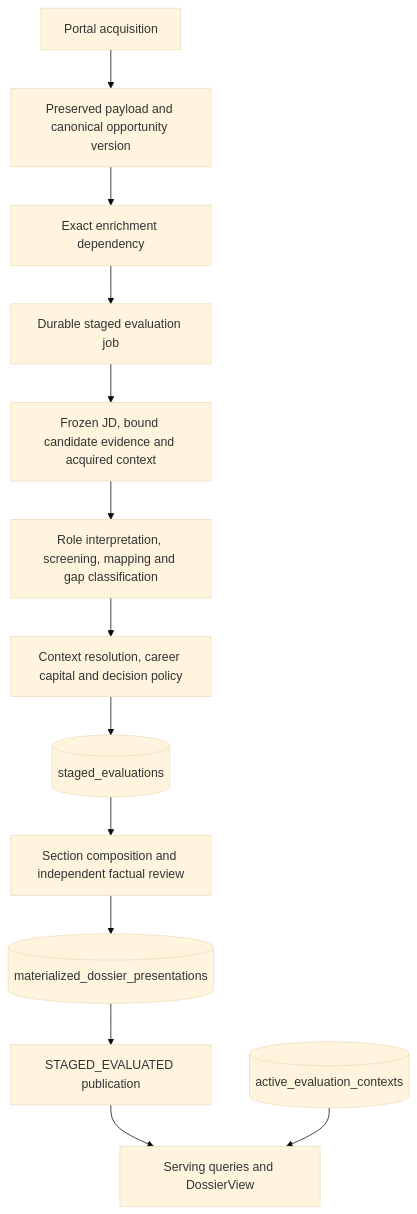
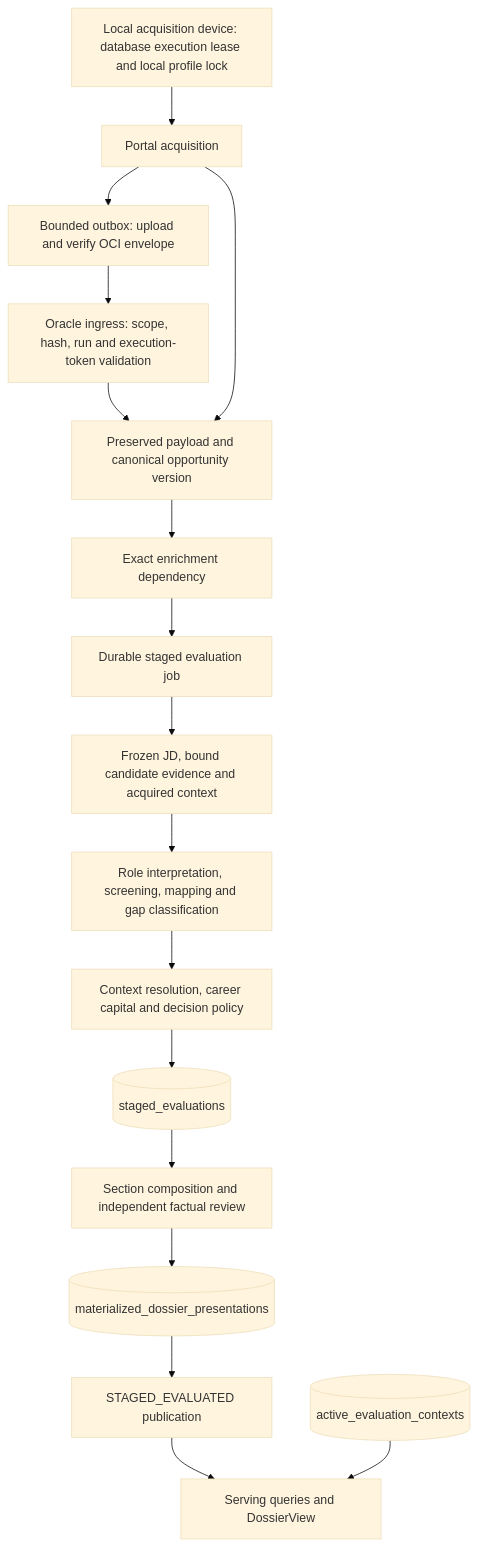
One commit to swapnilshuk1/RadarV2 changed the diagram in docs/ARCHITECTURE.md. Above: the diagram before and after it, drawn with Mermaid (base theme). The commit also changed other lines of this file and 27 other files, not shown here.

````diff
--- a/docs/ARCHITECTURE.md
+++ b/docs/ARCHITECTURE.md
@@ -41,15 +41,19 @@
 ```mermaid
 flowchart TD
+  X[Local acquisition device: database execution lease and local profile lock] --> A
+  A --> Y[Bounded outbox: upload and verify OCI envelope]
+  Y --> Z[Oracle ingress: scope, hash, run and execution-token validation]
+  Z --> B
   A[Portal acquisition] --> B[Preserved payload and canonical opportunity version]
   B --> C[Exact enrichment dependency]
   C --> D[Durable staged evaluation job]
   D --> E[Frozen JD, bound candidate evidence and acquired context]
   E --> F[Role interpretation, screening, mapping and gap classification]
   F --> G[Context resolution, career capital and decision policy]
   G --> H[(staged_evaluations)]
   H --> I[Section composition and independent factual review]
   I --> J[(materialized_dossier_presentations)]
   J --> K[STAGED_EVALUATED publication]
   K --> L[Serving queries and DossierView]
   M[(active_evaluation_contexts)] --> L
 ```
````
